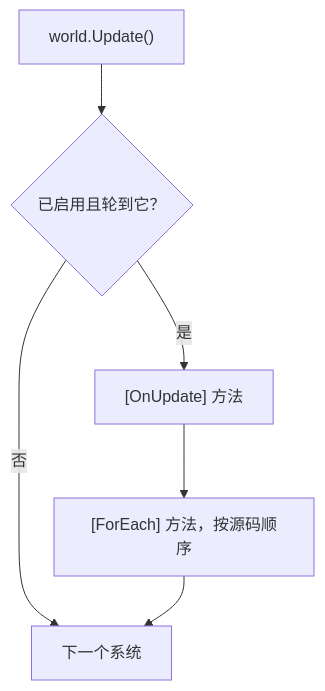
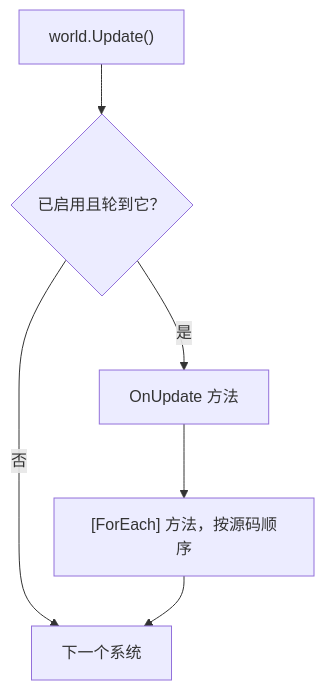
The diagram in docs/content/guide/systems.zh.mdx (JasonXuDeveloper/EasyEcs), drawn with Mermaid before and after one commit. The commit also changed other lines of this file and 75 other files, not shown here.

````diff
--- a/docs/content/guide/systems.zh.mdx
+++ b/docs/content/guide/systems.zh.mdx
@@ -137,8 +134,8 @@
 ```mermaid
 flowchart TB
     U["world.Update()"] --> S{"已启用且轮到它？"}
     S -- 否 --> N["下一个系统"]
-    S -- 是 --> O["[OnUpdate] 方法"]
+    S -- 是 --> O["OnUpdate 方法"]
     O --> F["[ForEach] 方法，按源码顺序"]
     F --> N
 ```
````
